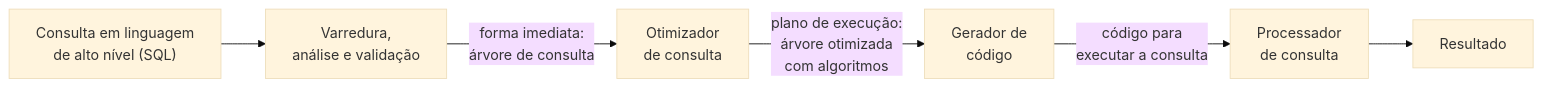
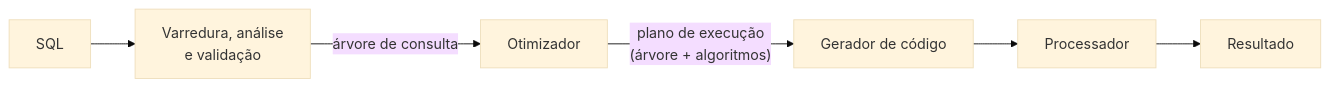
Before and after one commit to HerikDR/estudo-comp-escalavel: the first of 3 diagrams in estudo/11_processamento_otimizacao_consultas.md, drawn with Mermaid (base theme). The commit also changed other lines of this file and 10 other files, not shown here.

````diff
--- a/estudo/11_processamento_otimizacao_consultas.md
+++ b/estudo/11_processamento_otimizacao_consultas.md
@@ -72,8 +13,4 @@
 ```mermaid
 flowchart LR
-    Q["Consulta em linguagem<br/>de alto nível (SQL)"] --> E1["Varredura,<br/>análise e validação"]
-    E1 -->|"forma imediata:<br/>árvore de consulta"| E2["Otimizador<br/>de consulta"]
-    E2 -->|"plano de execução:<br/>árvore otimizada<br/>com algoritmos"| E3["Gerador de<br/>código"]
-    E3 -->|"código para<br/>executar a consulta"| E4["Processador<br/>de consulta"]
-    E4 --> R["Resultado"]
+    Q["SQL"] --> E1["Varredura, análise<br/>e validação"] -->|"árvore de consulta"| E2["Otimizador"] -->|"plano de execução<br/>(árvore + algoritmos)"| E3["Gerador de código"] --> E4["Processador"] --> R["Resultado"]
 ```
````
